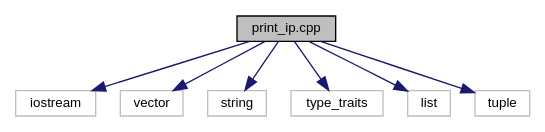
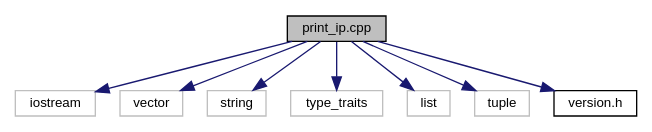
Before and after one commit to marisarze/otus_cpp_print_ip: the diagram in d4/d3b/print__ip_8cpp__incl.dot, drawn with Graphviz. The commit also changed 59 other files, not shown here.

```diff
--- a/d4/d3b/print__ip_8cpp__incl.dot
+++ b/d4/d3b/print__ip_8cpp__incl.dot
@@ -1,20 +1,22 @@
 digraph "print_ip.cpp"
 {
  // INTERACTIVE_SVG=YES
  // LATEX_PDF_SIZE
   edge [fontname="Helvetica",fontsize="10",labelfontname="Helvetica",labelfontsize="10"];
   node [fontname="Helvetica",fontsize="10",shape=record];
   Node1 [label="print_ip.cpp",height=0.2,width=0.4,color="black", fillcolor="grey75", style="filled", fontcolor="black",tooltip="functions for printing ip"];
   Node1 -> Node2 [color="midnightblue",fontsize="10",style="solid",fontname="Helvetica"];
   Node2 [label="iostream",height=0.2,width=0.4,color="grey75", fillcolor="white", style="filled",tooltip=" "];
   Node1 -> Node3 [color="midnightblue",fontsize="10",style="solid",fontname="Helvetica"];
   Node3 [label="vector",height=0.2,width=0.4,color="grey75", fillcolor="white", style="filled",tooltip=" "];
   Node1 -> Node4 [color="midnightblue",fontsize="10",style="solid",fontname="Helvetica"];
   Node4 [label="string",height=0.2,width=0.4,color="grey75", fillcolor="white", style="filled",tooltip=" "];
   Node1 -> Node5 [color="midnightblue",fontsize="10",style="solid",fontname="Helvetica"];
   Node5 [label="type_traits",height=0.2,width=0.4,color="grey75", fillcolor="white", style="filled",tooltip=" "];
   Node1 -> Node6 [color="midnightblue",fontsize="10",style="solid",fontname="Helvetica"];
   Node6 [label="list",height=0.2,width=0.4,color="grey75", fillcolor="white", style="filled",tooltip=" "];
   Node1 -> Node7 [color="midnightblue",fontsize="10",style="solid",fontname="Helvetica"];
   Node7 [label="tuple",height=0.2,width=0.4,color="grey75", fillcolor="white", style="filled",tooltip=" "];
+  Node1 -> Node8 [color="midnightblue",fontsize="10",style="solid",fontname="Helvetica"];
+  Node8 [label="version.h",height=0.2,width=0.4,color="black", fillcolor="white", style="filled",URL="$df/dfc/version_8h.html",tooltip=" "];
 }
```
